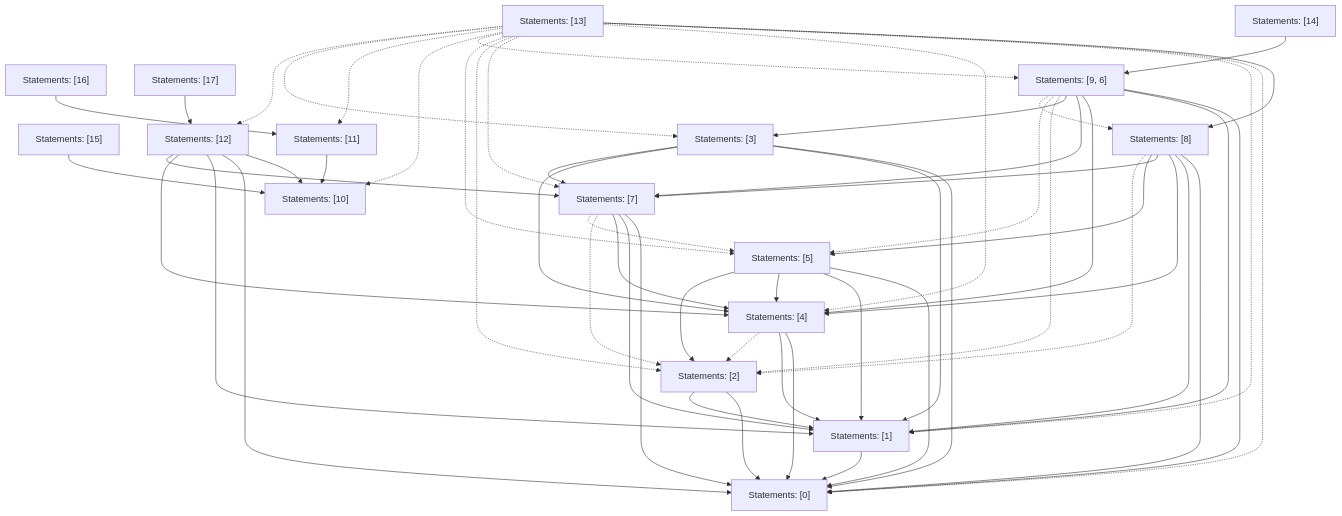
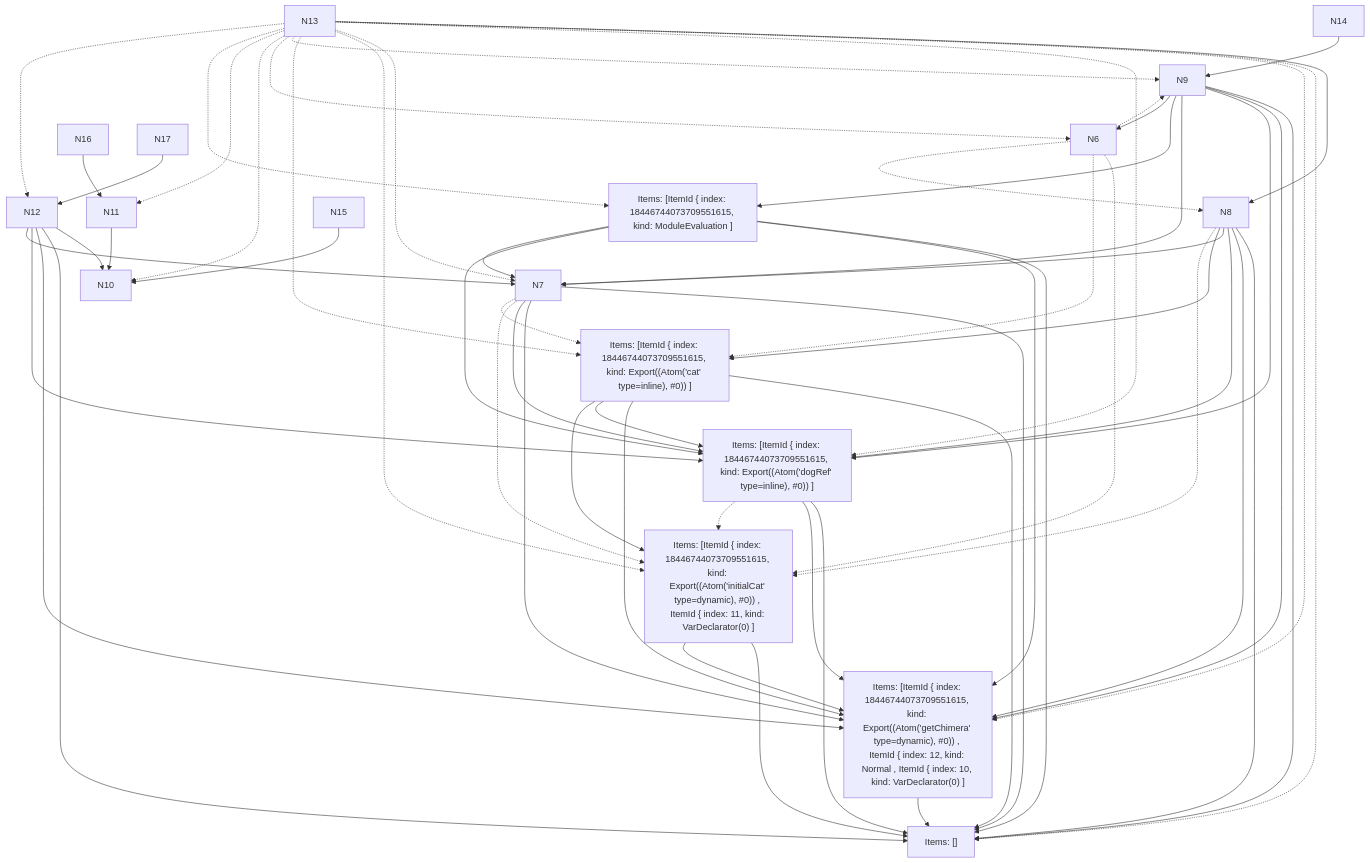
Before and after one commit to vercel/turborepo: the fifth of 5 diagrams in crates/turbopack-ecmascript/tests/tree-shaker/analyzer/complex/output.md, drawn with Mermaid. The commit also changed 3 other files, not shown here.

````diff
--- a/crates/turbopack-ecmascript/tests/tree-shaker/analyzer/complex/output.md
+++ b/crates/turbopack-ecmascript/tests/tree-shaker/analyzer/complex/output.md
@@ -383,75 +383,67 @@
 ```mermaid
 graph TD
-    N0["Statements: [10]"];
-    N1["Statements: [15]"];
-    N2["Statements: [11]"];
-    N3["Statements: [16]"];
-    N4["Statements: [0]"];
-    N5["Statements: [1]"];
-    N6["Statements: [2]"];
-    N7["Statements: [4]"];
-    N8["Statements: [5]"];
-    N9["Statements: [7]"];
-    N10["Statements: [12]"];
-    N11["Statements: [17]"];
-    N12["Statements: [3]"];
-    N13["Statements: [8]"];
-    N14["Statements: [9, 6]"];
-    N15["Statements: [14]"];
-    N16["Statements: [13]"];
+    N0["Items: []"];
+    N1["Items: [ItemId { index: 18446744073709551615, kind: Export((Atom('getChimera' type=dynamic), #0)) , ItemId { index: 12, kind: Normal , ItemId { index: 10, kind: VarDeclarator(0) ]"];
+    N2["Items: [ItemId { index: 18446744073709551615, kind: Export((Atom('initialCat' type=dynamic), #0)) , ItemId { index: 11, kind: VarDeclarator(0) ]"];
+    N3["Items: [ItemId { index: 18446744073709551615, kind: ModuleEvaluation ]"];
+    N4["Items: [ItemId { index: 18446744073709551615, kind: Export((Atom('dogRef' type=inline), #0)) ]"];
+    N5["Items: [ItemId { index: 18446744073709551615, kind: Export((Atom('cat' type=inline), #0)) ]"];
+    N1 --> N0;
+    N2 --> N0;
+    N2 --> N1;
+    N4 --> N0;
+    N4 --> N1;
+    N4 -.-> N2;
+    N5 --> N0;
+    N5 --> N1;
     N5 --> N4;
-    N6 --> N4;
-    N6 --> N5;
+    N5 --> N2;
+    N7 --> N0;
+    N7 --> N1;
     N7 --> N4;
-    N7 --> N5;
-    N7 -.-> N6;
+    N7 -.-> N2;
+    N7 -.-> N5;
+    N8 --> N0;
+    N8 --> N1;
     N8 --> N4;
+    N8 --> N7;
     N8 --> N5;
-    N8 --> N7;
-    N8 --> N6;
+    N8 -.-> N2;
+    N9 --> N0;
+    N9 --> N1;
     N9 --> N4;
-    N9 --> N5;
     N9 --> N7;
-    N9 -.-> N6;
-    N9 -.-> N8;
-    N13 --> N4;
-    N13 --> N5;
-    N13 --> N7;
-    N13 --> N9;
+    N9 --> N3;
+    N9 --> N6;
+    N11 --> N10;
+    N3 --> N0;
+    N3 --> N1;
+    N3 --> N4;
+    N3 --> N7;
+    N6 -.-> N2;
+    N6 -.-> N5;
+    N6 -.-> N8;
+    N6 -.-> N9;
+    N12 --> N10;
+    N12 --> N0;
+    N12 --> N1;
+    N12 --> N4;
+    N12 --> N7;
     N13 --> N8;
+    N13 -.-> N0;
+    N13 -.-> N1;
+    N13 -.-> N4;
+    N13 -.-> N7;
+    N13 -.-> N2;
+    N13 -.-> N5;
+    N13 -.-> N9;
     N13 -.-> N6;
-    N14 --> N4;
-    N14 --> N5;
-    N14 --> N7;
+    N13 -.-> N10;
+    N13 -.-> N11;
+    N13 -.-> N3;
+    N13 -.-> N12;
     N14 --> N9;
-    N14 --> N12;
-    N2 --> N0;
-    N12 --> N4;
-    N12 --> N5;
-    N12 --> N7;
-    N12 --> N9;
-    N14 -.-> N6;
-    N14 -.-> N8;
-    N14 -.-> N13;
-    N10 --> N0;
-    N10 --> N4;
-    N10 --> N5;
-    N10 --> N7;
-    N10 --> N9;
-    N16 --> N13;
-    N16 -.-> N4;
-    N16 -.-> N5;
-    N16 -.-> N7;
-    N16 -.-> N9;
-    N16 -.-> N6;
-    N16 -.-> N8;
-    N16 -.-> N14;
-    N16 -.-> N0;
-    N16 -.-> N2;
-    N16 -.-> N12;
-    N16 -.-> N10;
-    N15 --> N14;
-    N1 --> N0;
-    N3 --> N2;
-    N11 --> N10;
+    N15 --> N10;
+    N16 --> N11;
+    N17 --> N12;
 ```
````
